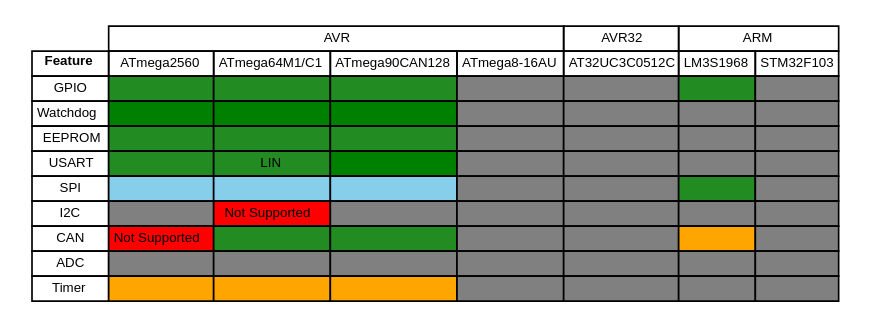
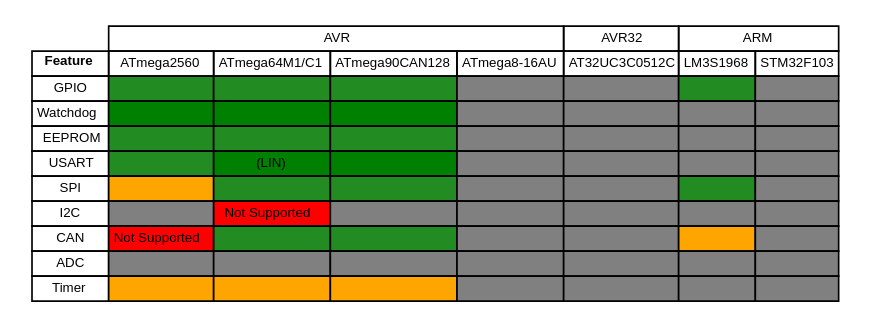
One commit to Aeronavics/ValleyForge changed the diagram in doc/zim-valleyforge/HAL/img/support-table.dot. Above: the diagram before and after it, drawn with Graphviz. The commit also changed 1 other file, not shown here.

```diff
--- a/doc/zim-valleyforge/HAL/img/support-table.dot
+++ b/doc/zim-valleyforge/HAL/img/support-table.dot
@@ -1,123 +1,123 @@
 digraph structs {
 node [shape=plaintext]
 struct1 [label=<
 <FONT POINT-SIZE="8" FACE="sans-serif">
 <TABLE BORDER="0" CELLBORDER="1" CELLSPACING="0" CELLPADDING="2">
 
 <!-- Implemented and Tested: 	green -->
 <!-- Implemented: 		forestgreen -->
 <!-- Work-in-progress: 		orange -->
 <!-- Started: 			skyblue -->
 <!-- Not yet started: 		gray -->
 <!-- Not supported: 		red -->
 
 
 <tr><td color="white"></td>
 	<td colspan="4">AVR</td>
 	<td colspan="1">AVR32</td>
 	<td colspan="2">ARM</td>
 </tr>
 
 <tr><td><b>Feature</b></td>
 	<td>ATmega2560</td>
 	<td>ATmega64M1/C1</td>
 	<td>ATmega90CAN128</td>
 	<td>ATmega8-16AU</td>
 	<td>AT32UC3C0512C</td>
 	<td>LM3S1968</td>
 	<td>STM32F103</td>
 </tr>
 
 <tr><td>GPIO</td>
 	<td bgcolor="forestgreen"></td>
 	<td bgcolor="forestgreen"></td>
 	<td bgcolor="forestgreen"></td>
 	<td bgcolor="gray"></td>
 	<td bgcolor="gray"></td>
 	<td bgcolor="forestgreen"></td>
 	<td bgcolor="gray"></td>
 </tr>
 
 <tr><td>Watchdog</td>
 	<td bgcolor="green"></td>
 	<td bgcolor="green"></td>
 	<td bgcolor="green"></td>
 	<td bgcolor="gray"></td>
 	<td bgcolor="gray"></td>
 	<td bgcolor="gray"></td>
 	<td bgcolor="gray"></td>
 </tr>
 
 <tr><td>EEPROM</td>
 	<td bgcolor="forestgreen"></td>
 	<td bgcolor="forestgreen"></td>
 	<td bgcolor="forestgreen"></td>
 	<td bgcolor="gray"></td>
 	<td bgcolor="gray"></td>
 	<td bgcolor="gray"></td>
 	<td bgcolor="gray"></td>
 </tr>
 
 <tr><td>USART</td>
 	<td bgcolor="forestgreen"></td>
-	<td bgcolor="forestgreen">LIN</td>
+	<td bgcolor="green">(LIN)</td>
 	<td bgcolor="green"></td>
 	<td bgcolor="gray"></td>
 	<td bgcolor="gray"></td>
 	<td bgcolor="gray"></td>
 	<td bgcolor="gray"></td>
 </tr>
 
 <tr><td>SPI</td>
-	<td bgcolor="skyblue"></td>
-	<td bgcolor="skyblue"></td>
-	<td bgcolor="skyblue"></td>
+	<td bgcolor="orange"></td>
+	<td bgcolor="forestgreen"></td>
+	<td bgcolor="forestgreen"></td>
 	<td bgcolor="gray"></td>
 	<td bgcolor="gray"></td>
 	<td bgcolor="forestgreen"></td>
 	<td bgcolor="gray"></td>
 </tr>
 
 <tr><td>I2C</td>
 	<td bgcolor="gray"></td>
 	<td bgcolor="red">Not Supported</td>
 	<td bgcolor="gray"></td>
 	<td bgcolor="gray"></td>
 	<td bgcolor="gray"></td>
 	<td bgcolor="gray"></td>
 	<td bgcolor="gray"></td>
 </tr>
 
 <tr><td>CAN</td>
 	<td bgcolor="red">Not Supported</td>
 	<td bgcolor="forestgreen"></td>
 	<td bgcolor="forestgreen"></td>
 	<td bgcolor="gray"></td>
 	<td bgcolor="gray"></td>
 	<td bgcolor="orange"></td>
 	<td bgcolor="gray"></td>
 </tr>
 
 <tr><td>ADC</td>
 	<td bgcolor="gray"></td>
 	<td bgcolor="gray"></td>
 	<td bgcolor="gray"></td>
 	<td bgcolor="gray"></td>
 	<td bgcolor="gray"></td>
 	<td bgcolor="gray"></td>
 	<td bgcolor="gray"></td>
 </tr>
 
 <tr><td>Timer</td>
 	<td bgcolor="orange"></td>
 	<td bgcolor="orange"></td>
 	<td bgcolor="orange"></td>
 	<td bgcolor="gray"></td>
 	<td bgcolor="gray"></td>
 	<td bgcolor="gray"></td>
 	<td bgcolor="gray"></td>
 </tr>
 
 </TABLE></FONT>
 >];
 }
```
